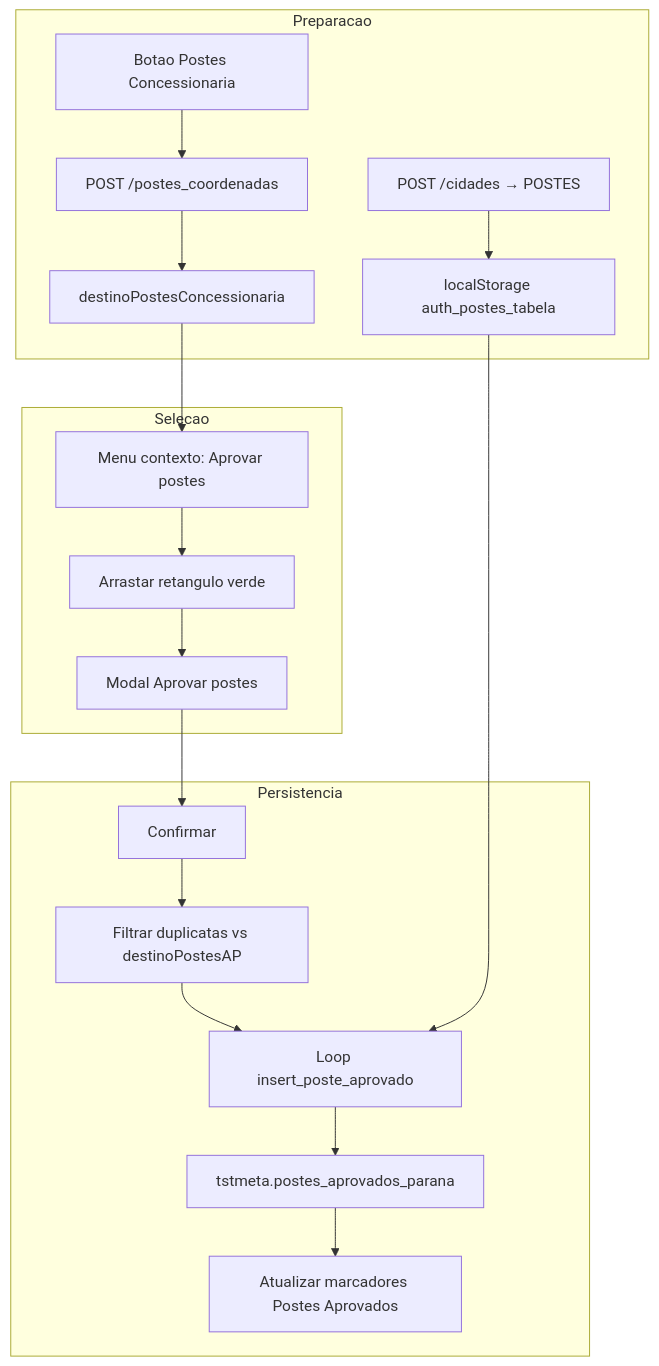
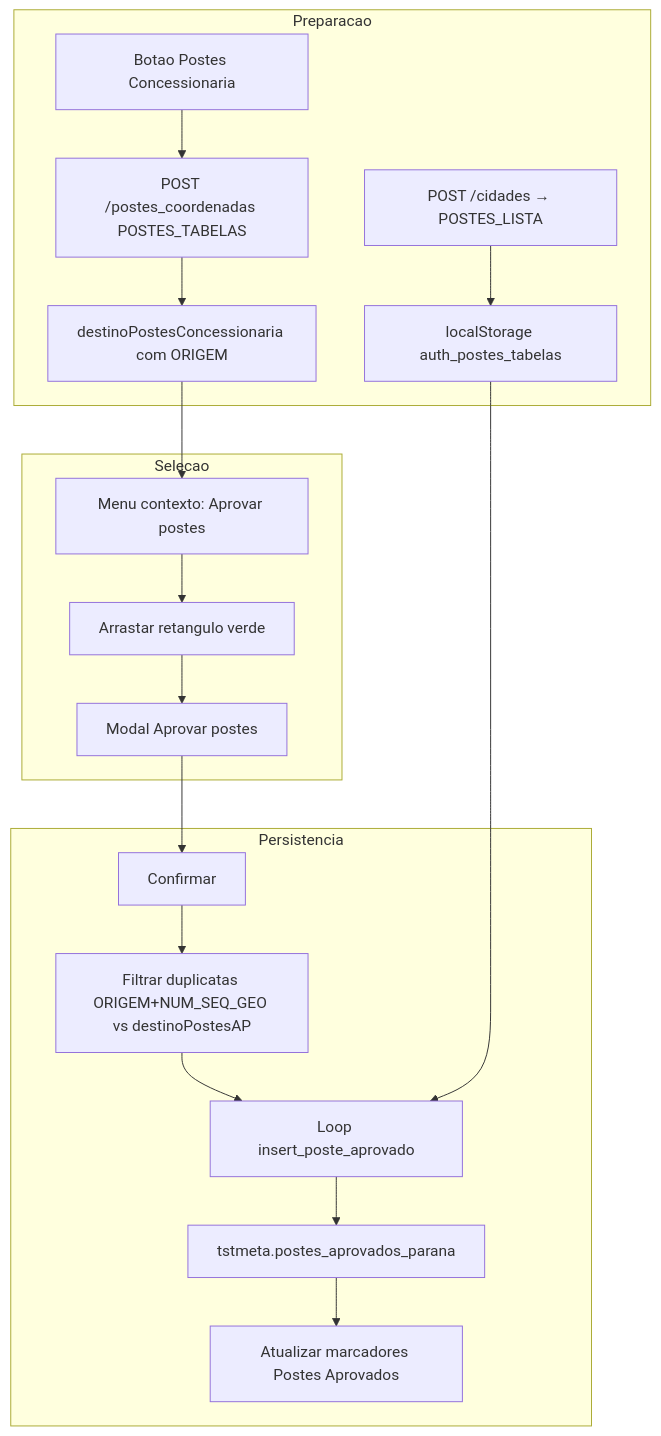
The diagram in src/assets/documentação/APROVAR-POSTES-MAPA.md (HernandesVGarcia/FRONTEND_GERAL_3003), drawn with Mermaid before and after one commit. The commit also changed other lines of this file and 73 other files, not shown here.

Commit message:
postes com multipla concessionárias

````diff
--- a/src/assets/documentação/APROVAR-POSTES-MAPA.md
+++ b/src/assets/documentação/APROVAR-POSTES-MAPA.md
@@ -22,32 +22,32 @@
 ```mermaid
 flowchart TD
   subgraph prep [Preparacao]
-    cidades["POST /cidades → POSTES"]
-    ls["localStorage auth_postes_tabela"]
+    cidades["POST /cidades → POSTES_LISTA"]
+    ls["localStorage auth_postes_tabelas"]
     load["Botao Postes Concessionaria"]
-    apiLoad["POST /postes_coordenadas"]
-    destino["destinoPostesConcessionaria"]
+    apiLoad["POST /postes_coordenadas POSTES_TABELAS"]
+    destino["destinoPostesConcessionaria com ORIGEM"]
     cidades --> ls
     load --> apiLoad --> destino
   end
 
   subgraph select [Selecao]
     menu["Menu contexto: Aprovar postes"]
     rect["Arrastar retangulo verde"]
     modal["Modal Aprovar postes"]
     menu --> rect --> modal
   end
 
   subgraph save [Persistencia]
     confirm["Confirmar"]
-    dup["Filtrar duplicatas vs destinoPostesAP"]
+    dup["Filtrar duplicatas ORIGEM+NUM_SEQ_GEO vs destinoPostesAP"]
     loop["Loop insert_poste_aprovado"]
     db["tstmeta.postes_aprovados_parana"]
     mapaAP["Atualizar marcadores Postes Aprovados"]
     confirm --> dup --> loop --> db --> mapaAP
   end
 
   destino --> menu
   modal --> confirm
   ls --> loop
 ```
````
